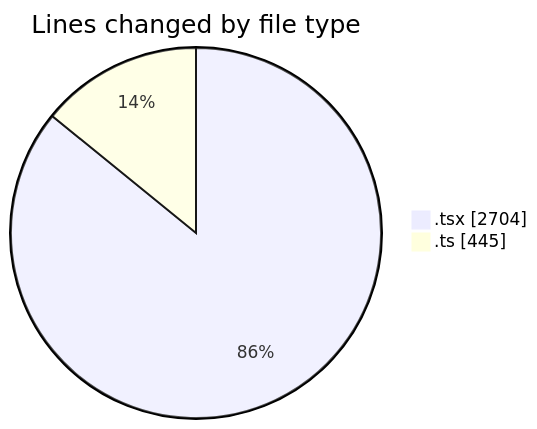
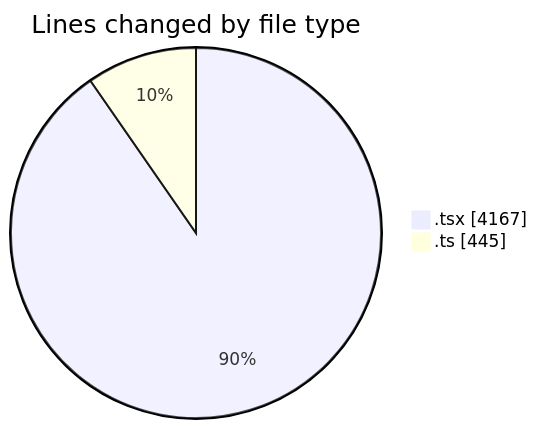
The first of 2 diagrams in 2025-09-24/cda/README.md (momahboobian/code-tracking), drawn with Mermaid before and after one commit. The commit also changed other lines of this file and 1 other file, not shown here.

````diff
--- a/2025-09-24/cda/README.md
+++ b/2025-09-24/cda/README.md
@@ -33,6 +34,6 @@
 ```mermaid
 pie showData
 title Lines changed by file type
-".tsx" : 2704
+".tsx" : 4167
 ".ts" : 445
 ```
````
